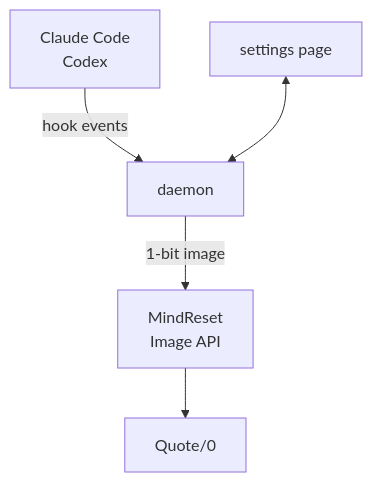
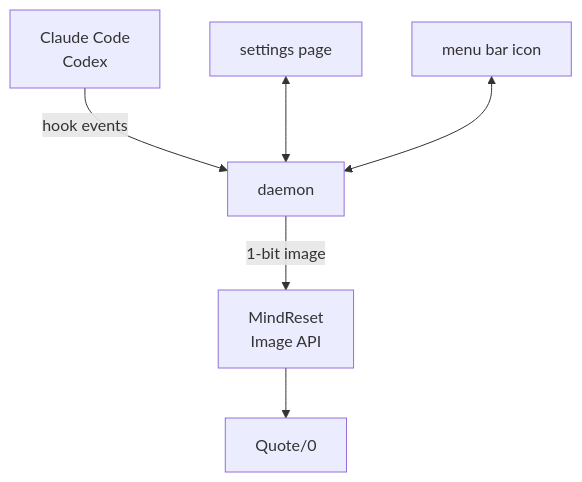
The diagram in README.en.md (realruian/quote0-agent-board), drawn with Mermaid before and after one commit. The commit also changed other lines of this file and 14 other files, not shown here.

First line of the commit message:
Add a menu bar app

````diff
--- a/README.en.md
+++ b/README.en.md
@@ -78,7 +79,8 @@
 ```mermaid
 flowchart TB
     A["Claude Code<br>Codex"] -- "hook events" --> C["daemon"]
     C -- "1-bit image" --> D["MindReset<br>Image API"]
     D --> E["Quote/0"]
     F["settings page"] <--> C
+    G["menu bar icon"] <--> C
 ```
````
